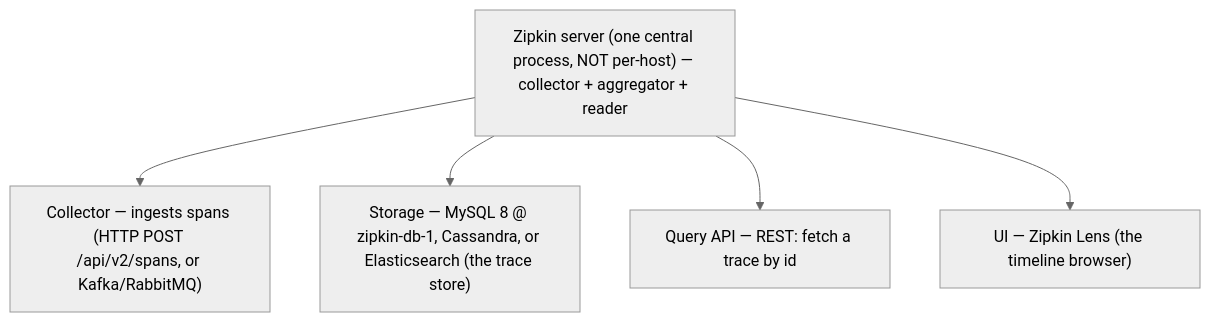
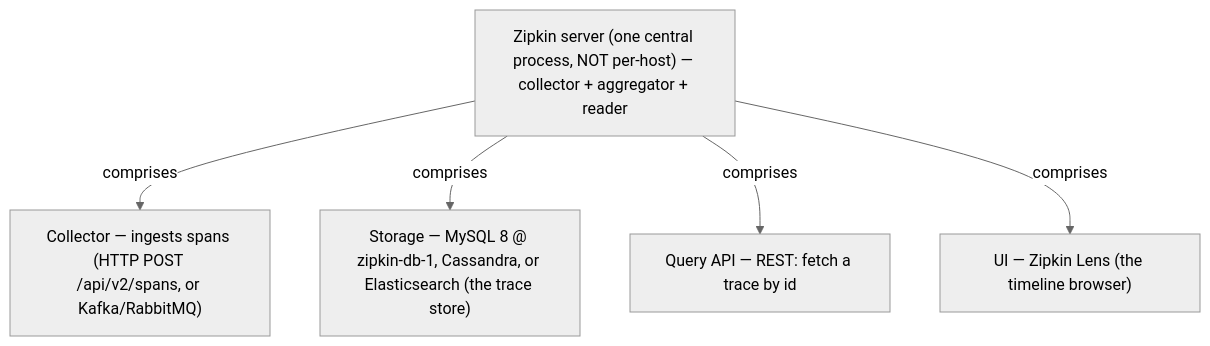
Before and after one commit to vinayakuber/microservices-io-study-guide: the seventh of 14 diagrams in docs/ch33-distributed-tracing.md, drawn with Mermaid (neutral theme). The commit also changed other lines of this file and 71 other files, not shown here.

First line of the commit message:
R18: label every diagram arrow with its meaning

````diff
--- a/docs/ch33-distributed-tracing.md
+++ b/docs/ch33-distributed-tracing.md
@@ -268,8 +268,8 @@
 ```mermaid
 flowchart TD
   R["Zipkin server (one central process, NOT per-host) — collector + aggregator + reader"]
-  R --> P0["Collector — ingests spans (HTTP POST /api/v2/spans, or Kafka/RabbitMQ)"]
-  R --> P1["Storage — MySQL 8 @ zipkin-db-1, Cassandra, or Elasticsearch (the trace store)"]
-  R --> P2["Query API — REST: fetch a trace by id"]
-  R --> P3["UI — Zipkin Lens (the timeline browser)"]
+  R -->|"comprises"| P0["Collector — ingests spans (HTTP POST /api/v2/spans, or Kafka/RabbitMQ)"]
+  R -->|"comprises"| P1["Storage — MySQL 8 @ zipkin-db-1, Cassandra, or Elasticsearch (the trace store)"]
+  R -->|"comprises"| P2["Query API — REST: fetch a trace by id"]
+  R -->|"comprises"| P3["UI — Zipkin Lens (the timeline browser)"]
 ```
````
